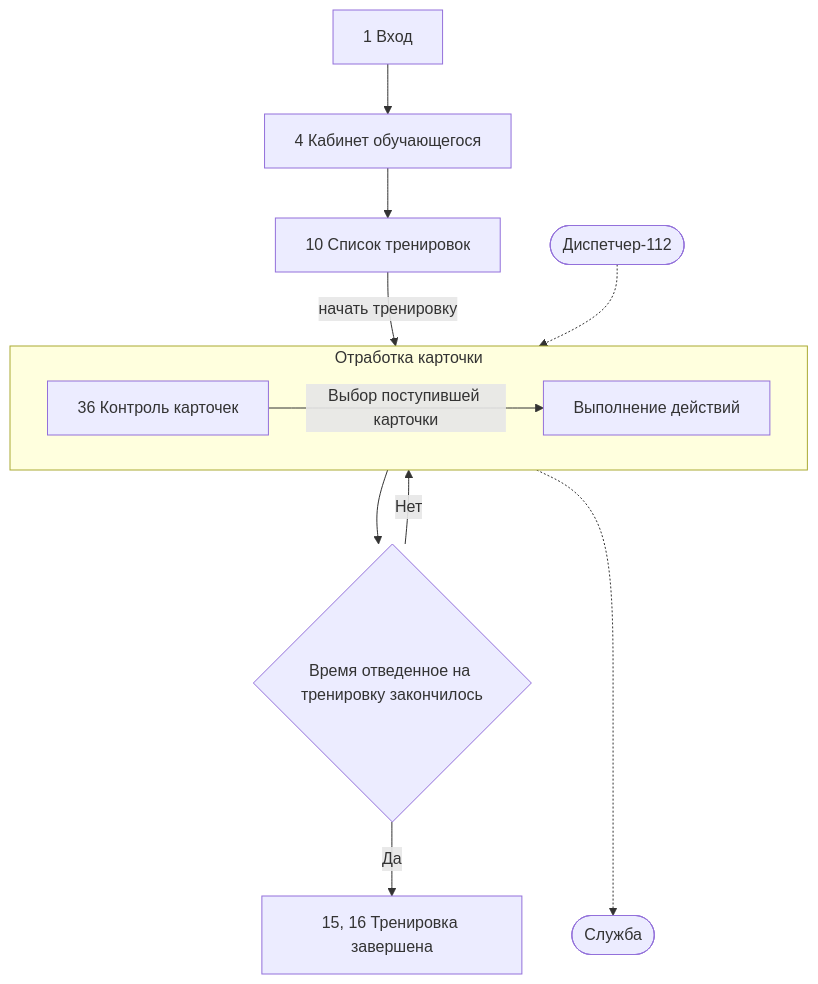
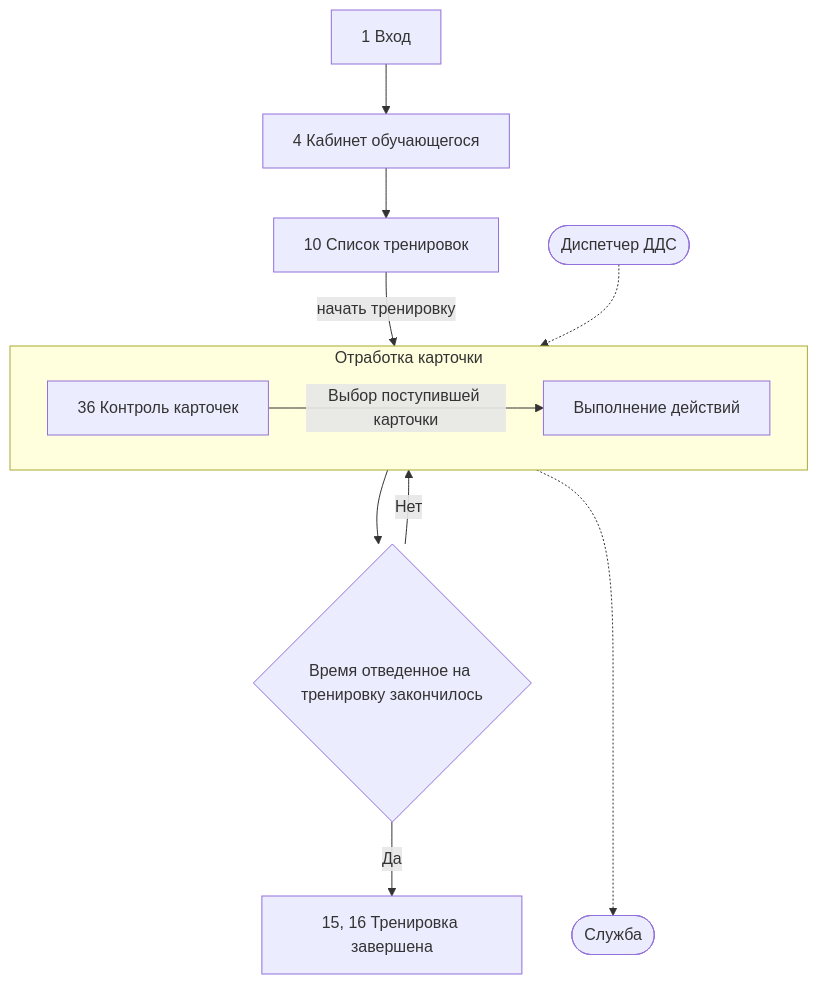
Before and after one commit to Obsidian-pb/gt_lct_hackaton: the eighth of 9 diagrams in tz_for_work.qmd, drawn with Mermaid. The commit also changed other lines of this file and 39 other files, not shown here.

````diff
--- a/tz_for_work.qmd
+++ b/tz_for_work.qmd
@@ -915,25 +913,25 @@
 ```{mermaid}
 flowchart TD
     A[1 Вход] --> B[4 Кабинет обучающегося]
     
     B --> C[10 Список тренировок]
     
     C -- начать тренировку --> DISP
 
-    DD(["Диспетчер-112"])
+    DD(["Диспетчер ДДС"])
 
     subgraph DISP[Отработка карточки]
         D["36 Контроль карточек"]
         E["Выполнение действий"]
         D -- Выбор поступившей карточки --> E
     end
 
     DD -.-> DISP
 
     X{Время отведенное на тренировку закончилось}
     DISP --> X -- Нет --> DISP
     X -- Да --> Y[15, 16 Тренировка завершена]
 
     DISP -..-> F([Служба])
 
 ```
````
